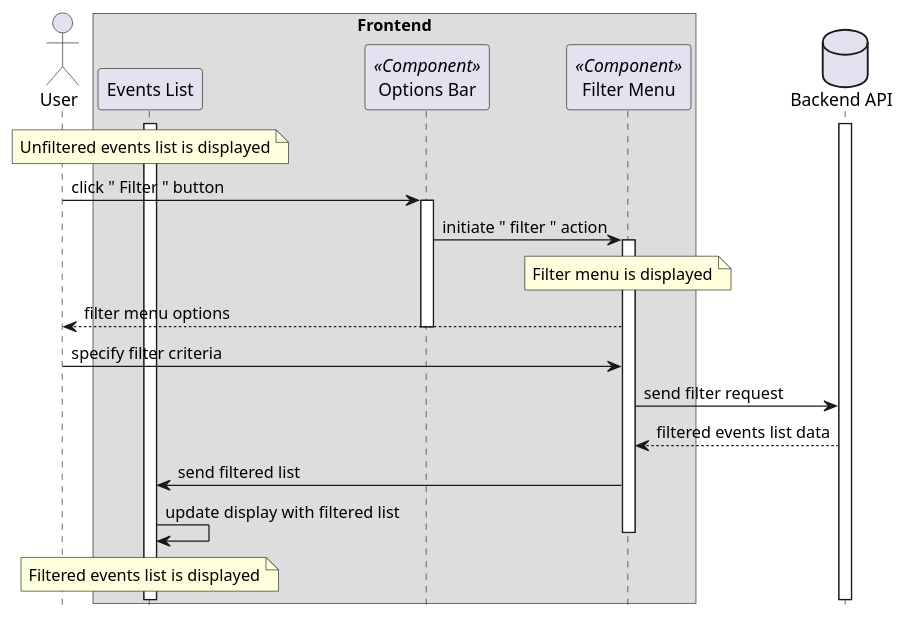
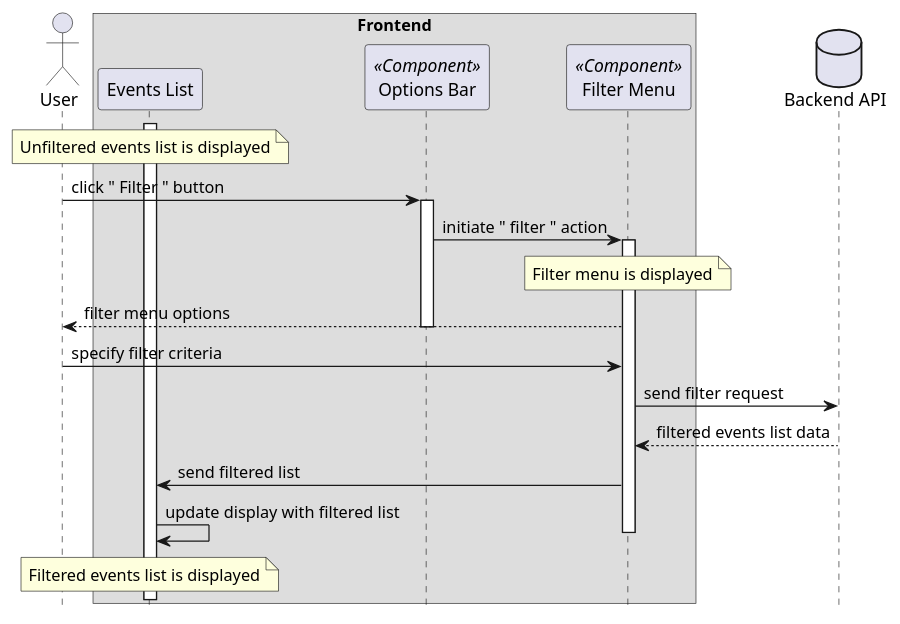
One commit to Modern-MISP/frontend changed the diagram in docs/sequencediagrams/plantuml/filter_events.plantuml. Above: the diagram before and after it, drawn with PlantUML.

Commit message:
deactivate api

```diff
--- a/docs/sequencediagrams/plantuml/filter_events.plantuml
+++ b/docs/sequencediagrams/plantuml/filter_events.plantuml
@@ -1,40 +1,38 @@
 @startuml "Filter Events"
 hide footbox
 
 actor User as user
 box "Frontend"
 participant "Events List" as eventlist
 participant "Options Bar" as topmenu <<Component>>
 participant "Filter Menu" as filter <<Component>>
 end box
 database "Backend API" as api
-
-activate api
 
 activate eventlist
 note over eventlist : Unfiltered events list is displayed
 
 user -> topmenu: click " Filter " button
 activate topmenu
 
 topmenu -> filter: initiate " filter " action
 activate filter
 note over filter: Filter menu is displayed
 
 filter --> user: filter menu options
 deactivate topmenu
 
 user -> filter: specify filter criteria
 
 filter -> api: send filter request
 
 api --> filter: filtered events list data
 
 filter -> eventlist: send filtered list
 
 eventlist-> eventlist: update display with filtered list
 deactivate filter
 
 note over eventlist : Filtered events list is displayed
 
 @enduml
```
